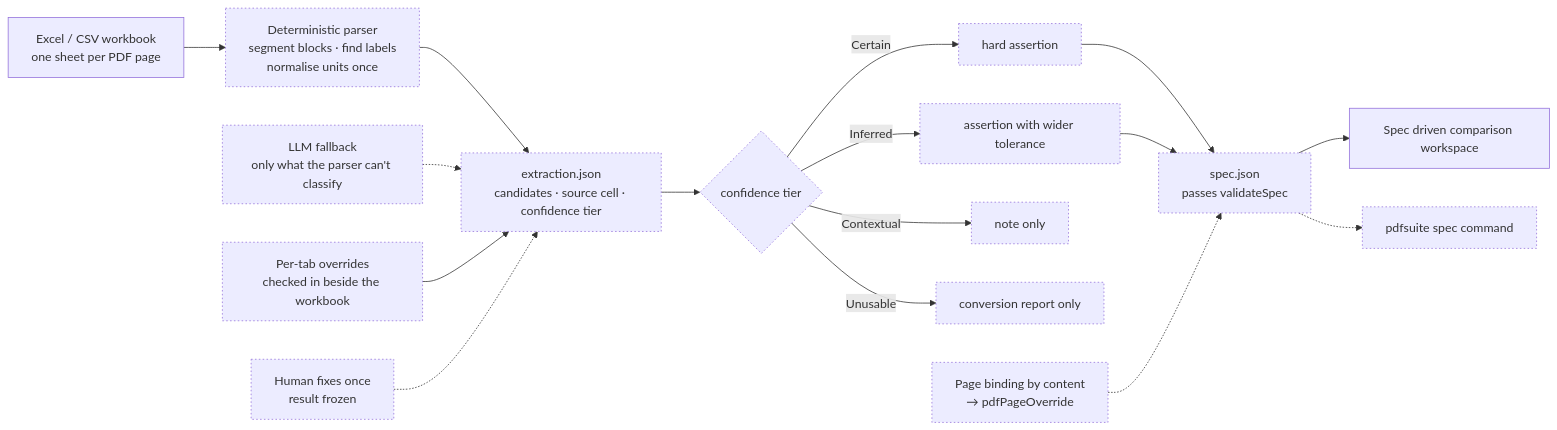
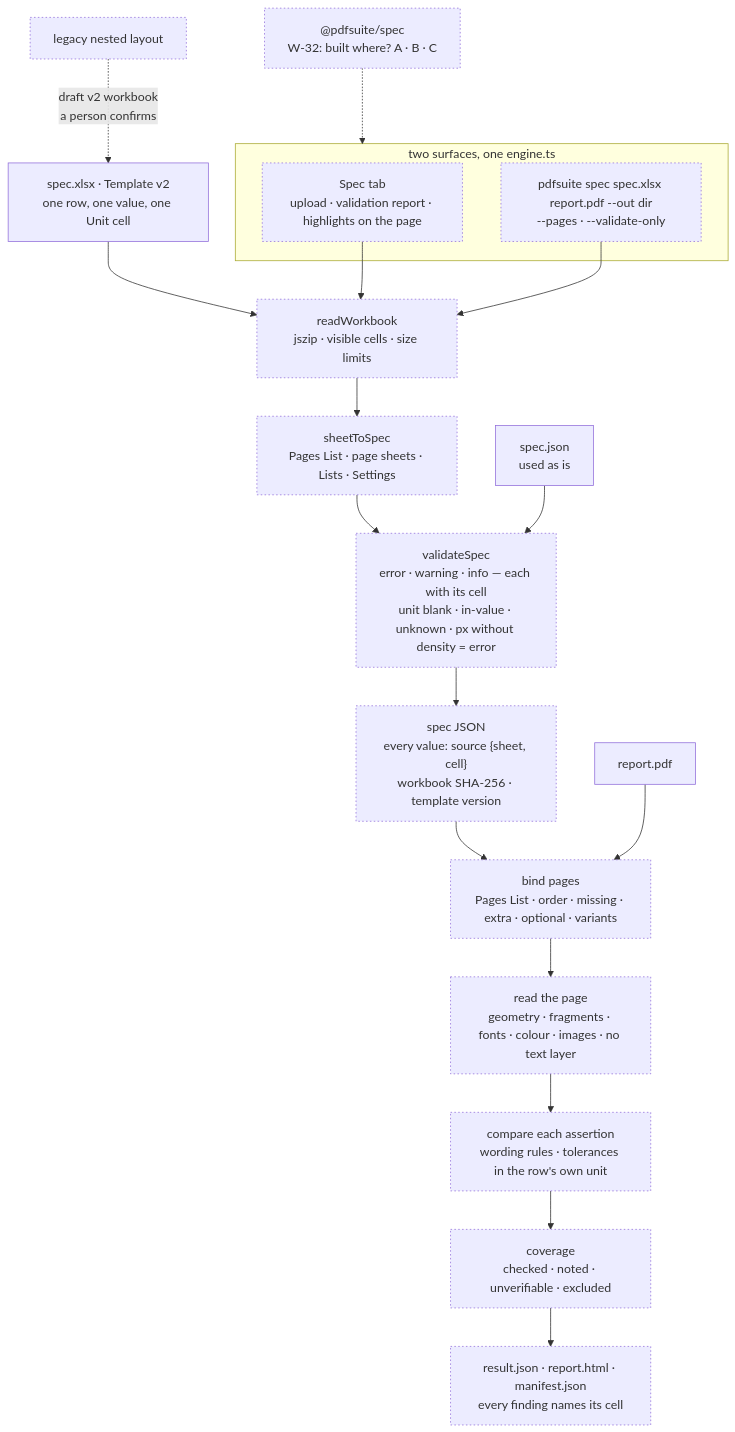
Diagram 23 of 25 in docs/ARCHITECTURE.md (arpitarya/pdf-testing-suite), drawn with Mermaid before and after one commit. The commit also changed other lines of this file and 157 other files, not shown here.

````diff
--- a/docs/ARCHITECTURE.md
+++ b/docs/ARCHITECTURE.md
@@ -635,19 +879,22 @@
 ```mermaid
-flowchart LR
+flowchart TB
   classDef plan stroke-dasharray: 2 3
-  XL["Excel / CSV workbook<br/>one sheet per PDF page"] --> PARSE["Deterministic parser<br/>segment blocks · find labels<br/>normalise units once"]
-  PARSE --> EXJ["extraction.json<br/>candidates · source cell · confidence tier"]
-  LLM["LLM fallback<br/>only what the parser can't classify"] -.-> EXJ
-  OVR["Per-tab overrides<br/>checked in beside the workbook"] --> EXJ
-  HUM["Human fixes once<br/>result frozen"] -.-> EXJ
-  EXJ --> TIER{"confidence tier"}
-  TIER -->|Certain| HA["hard assertion"]
-  TIER -->|Inferred| WA["assertion with wider tolerance"]
-  TIER -->|Contextual| NOTE["note only"]
-  TIER -->|Unusable| CR["conversion report only"]
-  HA & WA --> SPEC["spec.json<br/>passes validateSpec"]
-  BIND["Page binding by content<br/>→ pdfPageOverride"] -.-> SPEC
-  SPEC --> APP["Spec driven comparison workspace"]
-  SPEC -.-> CLIS["pdfsuite spec command"]
-  class PARSE,EXJ,LLM,OVR,HUM,TIER,HA,WA,NOTE,CR,SPEC,BIND,CLIS plan
+  XL["spec.xlsx · Template v2<br/>one row, one value, one Unit cell"] --> RD["readWorkbook<br/>jszip · visible cells · size limits"]
+  LEG["legacy nested layout"] -.->|"draft v2 workbook<br/>a person confirms"| XL
+  RD --> PARSE["sheetToSpec<br/>Pages List · page sheets · Lists · Settings"]
+  PARSE --> VAL["validateSpec<br/>error · warning · info — each with its cell<br/>unit blank · in-value · unknown · px without density = error"]
+  JS["spec.json<br/>used as is"] --> VAL
+  VAL --> SJ["spec JSON<br/>every value: source {sheet, cell}<br/>workbook SHA-256 · template version"]
+  SJ & PDF["report.pdf"] --> BIND["bind pages<br/>Pages List · order · missing · extra · optional · variants"]
+  BIND --> READ["read the page<br/>geometry · fragments · fonts · colour · images · no text layer"]
+  READ --> CMPX["compare each assertion<br/>wording rules · tolerances in the row's own unit"]
+  CMPX --> COV["coverage<br/>checked · noted · unverifiable · excluded"]
+  COV --> OUT["result.json · report.html · manifest.json<br/>every finding names its cell"]
+  subgraph SURF["two surfaces, one engine.ts"]
+    TAB["Spec tab<br/>upload · validation report · highlights on the page"]
+    CLI["pdfsuite spec spec.xlsx report.pdf --out dir<br/>--pages · --validate-only"]
+  end
+  TAB & CLI --> RD
+  PKG["@pdfsuite/spec<br/>W-32: built where? A · B · C"] -.-> SURF
+  class RD,PARSE,VAL,SJ,BIND,READ,CMPX,COV,OUT,TAB,CLI,PKG,LEG plan
 ```
````
